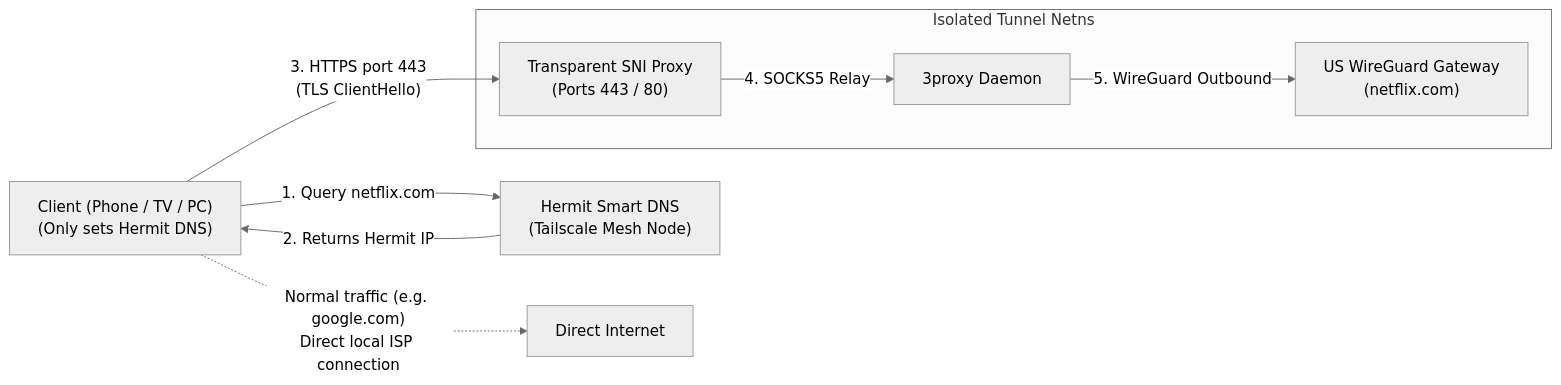
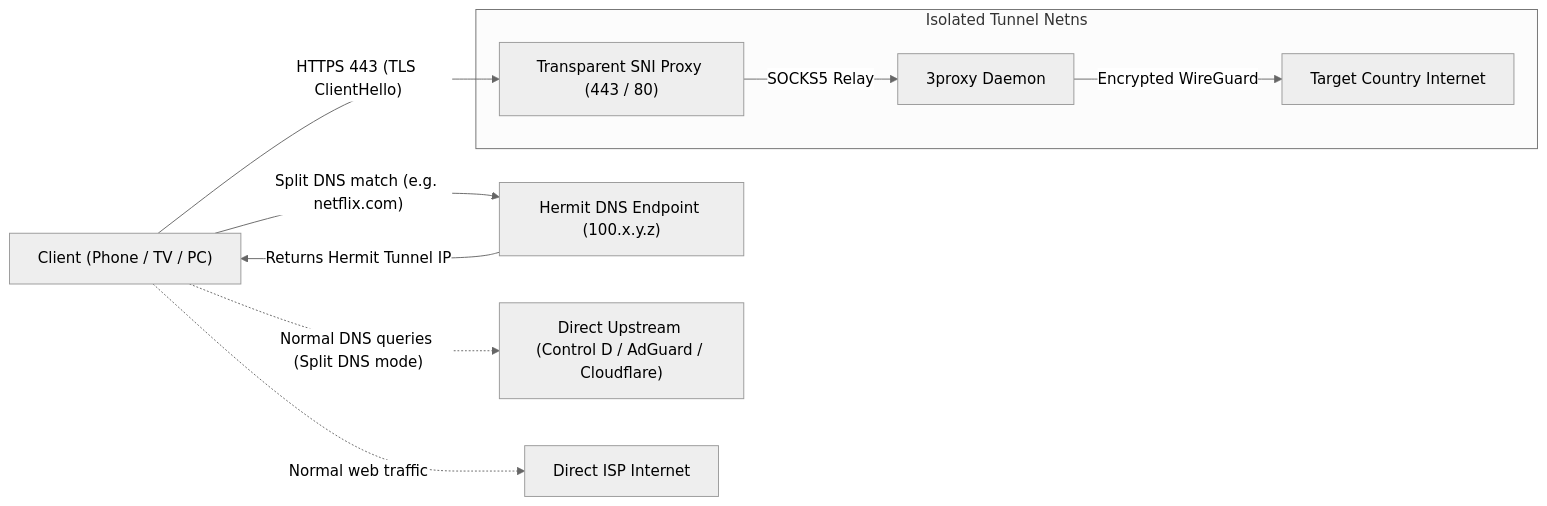
One commit to quaywin/hermit changed the second of 2 diagrams in README.md. Above: the diagram before and after it, drawn with Mermaid (neutral theme). The commit also changed other lines of this file and 6 other files, not shown here.

First line of the commit message:
feat(dns): track and display Tailscale DNS sync status and error diagnostics

````diff
--- a/README.md
+++ b/README.md
@@ -114,11 +115,12 @@
 ```mermaid
 flowchart LR
-    Client["Client (Phone / TV / PC)\n(Only sets Hermit DNS)"] -->|1. Query netflix.com| DNS["Hermit Smart DNS\n(Tailscale Mesh Node)"]
-    DNS -->|2. Returns Hermit IP| Client
-    Client -->|"3. HTTPS port 443\n(TLS ClientHello)"| SNI["Transparent SNI Proxy\n(Ports 443 / 80)"]
+    Client["Client (Phone / TV / PC)"] -->|"Split DNS match (e.g. netflix.com)"| DNS["Hermit DNS Endpoint (100.x.y.z)"]
+    DNS -->|"Returns Hermit Tunnel IP"| Client
+    Client -->|"HTTPS 443 (TLS ClientHello)"| SNI["Transparent SNI Proxy (443 / 80)"]
     subgraph Tunnel ["Isolated Tunnel Netns"]
-        SNI -->|4. SOCKS5 Relay| SOCKS["3proxy Daemon"]
-        SOCKS -->|5. WireGuard Outbound| Target["US WireGuard Gateway\n(netflix.com)"]
+        SNI -->|"SOCKS5 Relay"| SOCKS["3proxy Daemon"]
+        SOCKS -->|"Encrypted WireGuard"| Target["Target Country Internet"]
     end
-    Client -.->|"Normal traffic (e.g. google.com)\nDirect local ISP connection"| Internet["Direct Internet"]
+    Client -.->|"Normal DNS queries (Split DNS mode)"| Upstream["Direct Upstream (Control D / AdGuard / Cloudflare)"]
+    Client -.->|"Normal web traffic"| Internet["Direct ISP Internet"]
 ```
````
